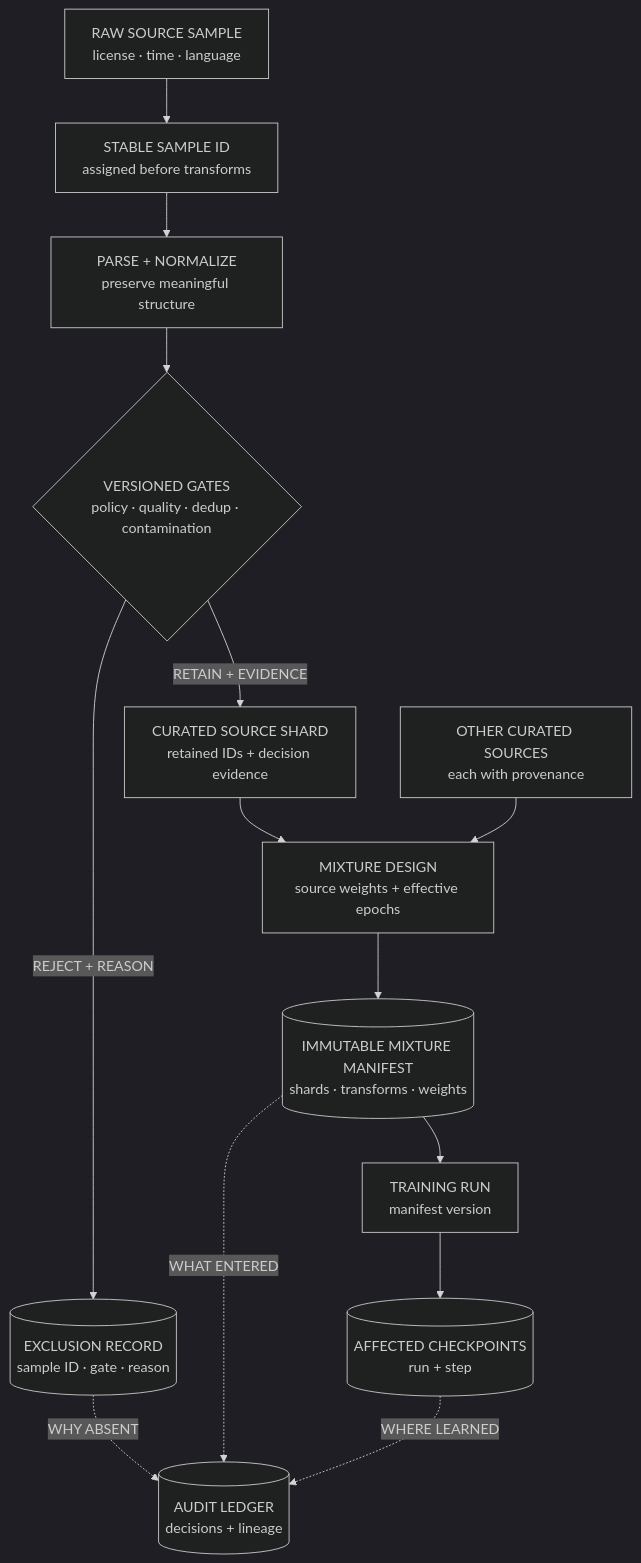
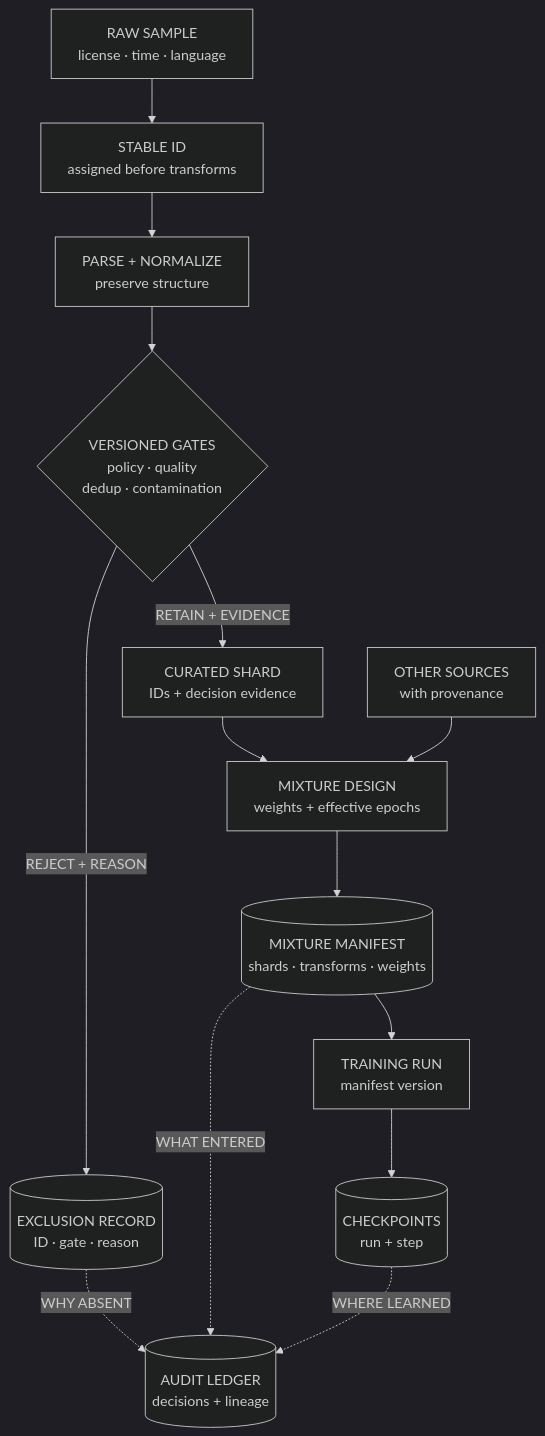
Before and after one commit to mlmentorship/mlmentorship.github.io: the diagram in src/content/posts/2026-07-11-foundation-model-data-curation.md, drawn with Mermaid (dark theme). The commit also changed other lines of this file and 8 other files, not shown here.

````diff
--- a/src/content/posts/2026-07-11-foundation-model-data-curation.md
+++ b/src/content/posts/2026-07-11-foundation-model-data-curation.md
@@ -19,34 +22,34 @@
 ```mermaid
 flowchart TB
 	accTitle: Curation preserves a sample's lineage from source to checkpoint
 	accDescr: A raw source sample receives a stable identifier before parsing and normalization. Versioned policy, quality, deduplication, and contamination gates either reject it with a recorded reason or retain it with decision evidence. Retained samples become curated source shards. Explicit source weights and effective-epoch limits combine those shards with other curated sources in an immutable mixture manifest. The manifest identifies a training run and its checkpoints. An audit ledger records the source, transformation and gate versions, exclusion reasons, mixture manifest, run, and checkpoints, making both rejected samples and retained samples traceable.
-	Raw["RAW SOURCE SAMPLE<br/>license · time · language"]
-	Identity["STABLE SAMPLE ID<br/>assigned before transforms"]
-	Normalize["PARSE + NORMALIZE<br/>preserve meaningful structure"]
-	Gates{"VERSIONED GATES<br/>policy · quality · dedup · contamination"}
-	Reject[("EXCLUSION RECORD<br/>sample ID · gate · reason")]
-	Shard["CURATED SOURCE SHARD<br/>retained IDs + decision evidence"]
-	Others["OTHER CURATED SOURCES<br/>each with provenance"]
-	Weights["MIXTURE DESIGN<br/>source weights + effective epochs"]
-	Manifest[("IMMUTABLE MIXTURE MANIFEST<br/>shards · transforms · weights")]
+	Raw["RAW SAMPLE<br/>license · time · language"]
+	Identity["STABLE ID<br/>assigned before transforms"]
+	Normalize["PARSE + NORMALIZE<br/>preserve structure"]
+	Gates{"VERSIONED GATES<br/>policy · quality<br/>dedup · contamination"}
+	Reject[("EXCLUSION RECORD<br/>ID · gate · reason")]
+	Shard["CURATED SHARD<br/>IDs + decision evidence"]
+	Others["OTHER SOURCES<br/>with provenance"]
+	Weights["MIXTURE DESIGN<br/>weights + effective epochs"]
+	Manifest[("MIXTURE MANIFEST<br/>shards · transforms · weights")]
 	Run["TRAINING RUN<br/>manifest version"]
-	Checkpoints[("AFFECTED CHECKPOINTS<br/>run + step")]
+	Checkpoints[("CHECKPOINTS<br/>run + step")]
 	Audit[("AUDIT LEDGER<br/>decisions + lineage")]
 
 	Raw --> Identity --> Normalize --> Gates
 	Gates -->|"REJECT + REASON"| Reject
 	Gates -->|"RETAIN + EVIDENCE"| Shard
 	Shard --> Weights
 	Others --> Weights
 	Weights --> Manifest --> Run --> Checkpoints
 	Reject -.->|"WHY ABSENT"| Audit
 	Manifest -.->|"WHAT ENTERED"| Audit
 	Checkpoints -.->|"WHERE LEARNED"| Audit
 
 	class Raw,Identity,Others viz-input
 	class Normalize,Gates,Weights viz-focus
 	class Reject viz-warning
 	class Shard,Checkpoints viz-output
 	class Manifest,Run,Audit viz-state
 	class Raw viz-tall
 ```
````
